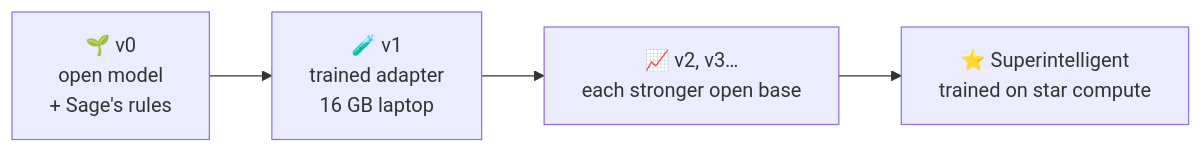
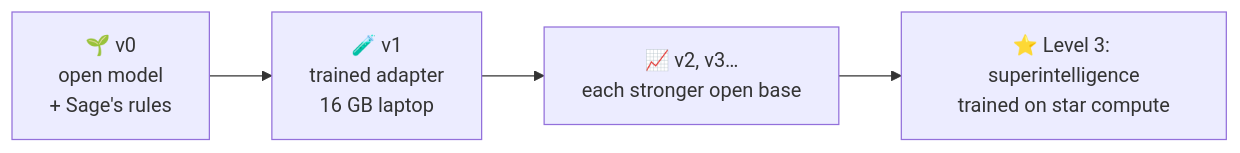
One commit to SoulCraft-Org/sage changed the second of 4 diagrams in README.md. Above: the diagram before and after it, drawn with Mermaid. The commit also changed other lines of this file and 1 other file, not shown here.

First line of the commit message:
Sage on the intelligence ladder (#64)

````diff
--- a/README.md
+++ b/README.md
@@ -46,4 +46,4 @@
 ```mermaid
 flowchart LR
-  A["🌱 v0<br/>open model<br/>+ Sage's rules"] --> B["🧪 v1<br/>trained adapter<br/>16 GB laptop"] --> C["📈 v2, v3…<br/>each stronger open base"] --> D["⭐ Superintelligent<br/>trained on star compute"]
+  A["🌱 v0<br/>open model<br/>+ Sage's rules"] --> B["🧪 v1<br/>trained adapter<br/>16 GB laptop"] --> C["📈 v2, v3…<br/>each stronger open base"] --> D["⭐ Level 3: superintelligence<br/>trained on star compute"]
 ```
````
